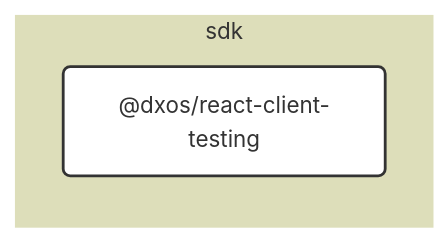
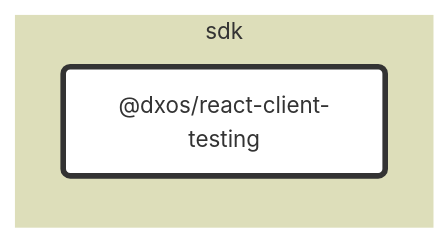
The diagram in packages/sdk/react-client-testing/docs/README.md (dxos/dxos), drawn with Mermaid before and after one commit. The commit also changed 683 other files, not shown here.

````diff
--- a/packages/sdk/react-client-testing/docs/README.md
+++ b/packages/sdk/react-client-testing/docs/README.md
@@ -7,25 +7,20 @@
 ```mermaid
 %%{ init: {'flowchart':{'curve':'basis'}} }%%
 
 flowchart LR
 
-%% Links
+%% Classes
+classDef def fill:#fff,stroke:#333,stroke-width:1px
+classDef root fill:#fff,stroke:#333,stroke-width:4px
 
-%% Sections
-subgraph sdk
-  style sdk fill:#dddeba,stroke:#fff;
+%% Nodes
 
-  dxos/react-client-testing("@dxos/react-client-testing")
+subgraph sdk [sdk]
+  style sdk fill:#dddeba,stroke:#fff
+  dxos/react-client-testing("@dxos/react-client-testing"):::root
+  click dxos/react-client-testing "dxos/dxos/tree/main/packages/sdk/react-client-testing/docs"
 end
 
-
-%% Hyperlinks
-
-%% Styles
-classDef rootNode fill:#fff,stroke:#333,stroke-width:2px
-classDef defaultNode fill:#fff,stroke:#333,stroke-width:1px
+%% Links
 linkStyle default stroke:#333,stroke-width:1px
-
-dxos/react-client-testing:::rootNode
-
 ```
````
